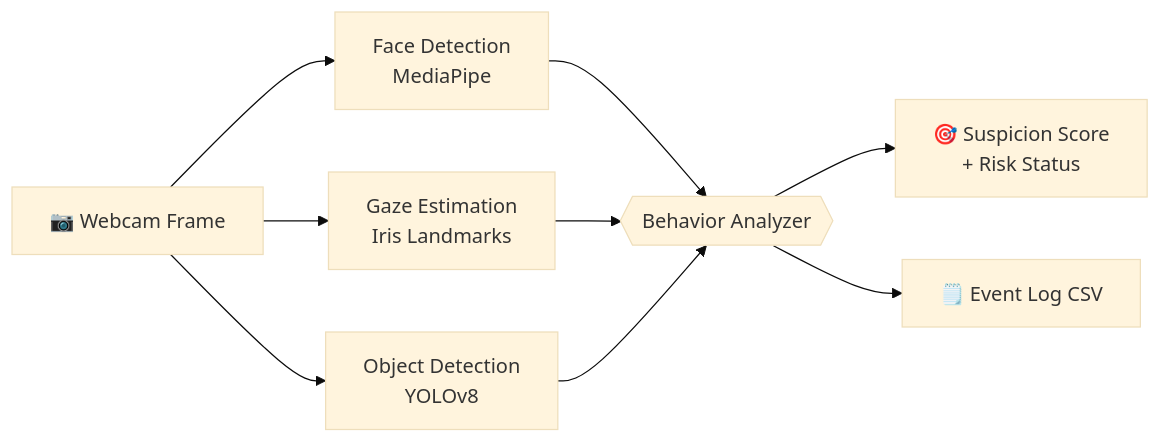
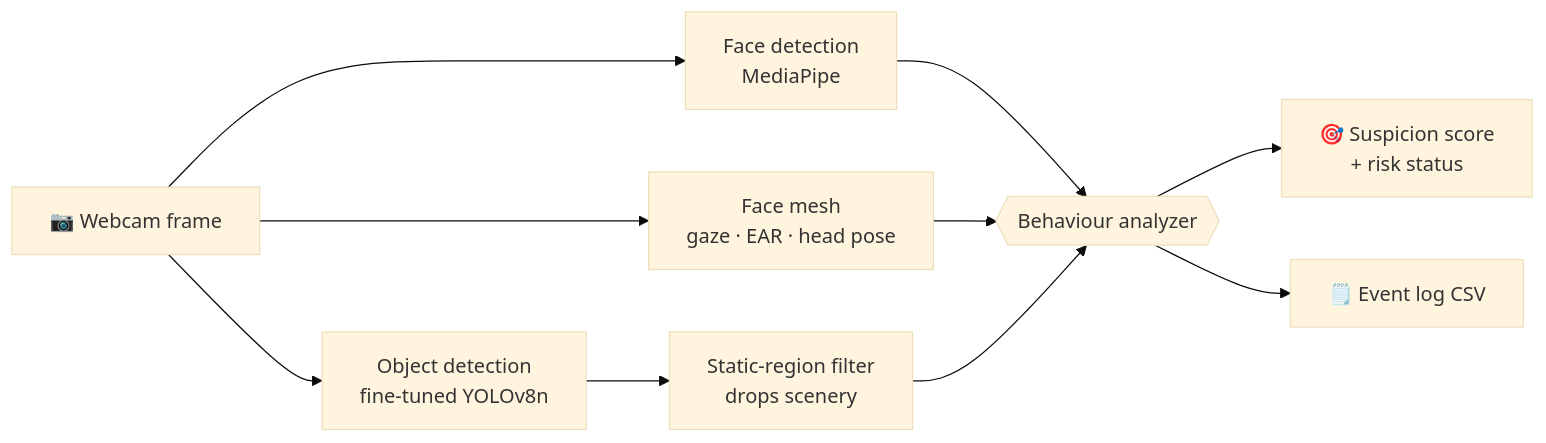
The diagram in README.md (kcosteen/SentinelVision), drawn with Mermaid (base theme) before and after one commit. The commit also changed other lines of this file and 30 other files, not shown here.

````diff
--- a/README.md
+++ b/README.md
@@ -39,11 +148,12 @@
 ```mermaid
 flowchart LR
-    A[📷 Webcam Frame] --> B[Face Detection<br/>MediaPipe]
-    A --> C[Gaze Estimation<br/>Iris Landmarks]
-    A --> D[Object Detection<br/>YOLOv8]
-    B --> E{{Behavior Analyzer}}
+    A[📷 Webcam frame] --> B[Face detection<br/>MediaPipe]
+    A --> C[Face mesh<br/>gaze · EAR · head pose]
+    A --> D[Object detection<br/>fine-tuned YOLOv8n]
+    D --> S[Static-region filter<br/>drops scenery]
+    B --> E{{Behaviour analyzer}}
     C --> E
-    D --> E
-    E --> F[🎯 Suspicion Score<br/>+ Risk Status]
-    E --> G[🗒️ Event Log CSV]
+    S --> E
+    E --> F[🎯 Suspicion score<br/>+ risk status]
+    E --> G[🗒️ Event log CSV]
 ```
````
